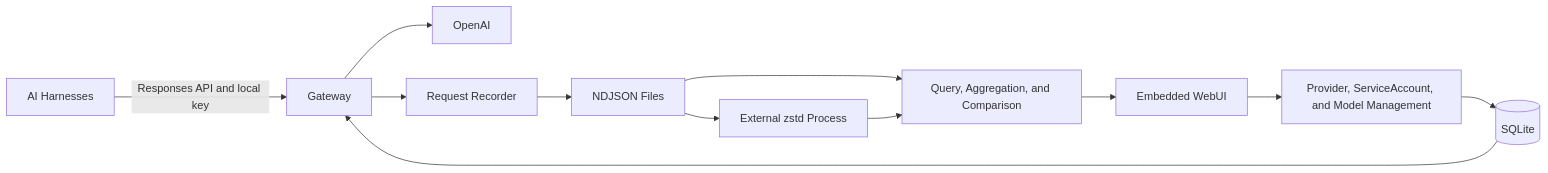
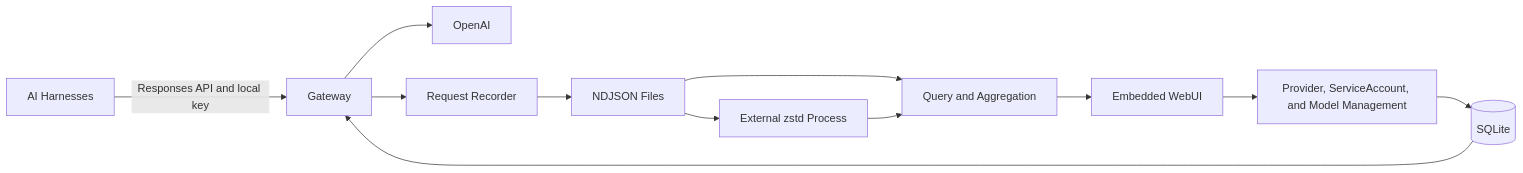
Before and after one commit to gosuda/gyemoim: the diagram in docs/design.md, drawn with Mermaid. The commit also changed other lines of this file, not shown here.

````diff
--- a/docs/design.md
+++ b/docs/design.md
@@ -52,14 +54,14 @@
 ```mermaid
 flowchart LR
     H[AI Harnesses] -->|Responses API and local key| G[Gateway]
     G --> O[OpenAI]
     U[Embedded WebUI] --> C[Provider, ServiceAccount, and Model Management]
     C --> S[(SQLite)]
     S --> G
     G --> R[Request Recorder]
     R --> N[NDJSON Files]
     N --> Z[External zstd Process]
-    N --> A[Query, Aggregation, and Comparison]
+    N --> A[Query and Aggregation]
     Z --> A
     A --> U
 ```
````
